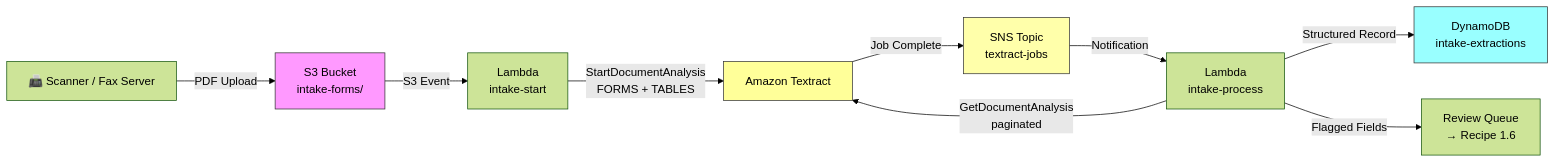
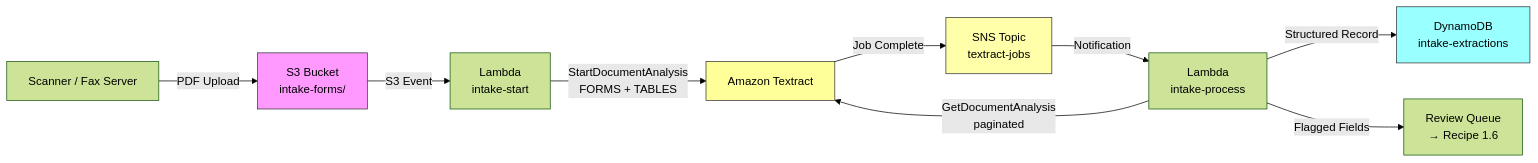
One commit to ccrngd1/HCLS-ai-book changed the diagram in chapter01.02-architecture.md. Above: the diagram before and after it, drawn with Mermaid (forest theme). The commit also changed other lines of this file and 515 other files, not shown here.

````diff
--- a/chapter01.02-architecture.md
+++ b/chapter01.02-architecture.md
@@ -25,16 +25,16 @@
 ```mermaid
 flowchart LR
-    A[📠 Scanner / Fax Server] -->|PDF Upload| B[S3 Bucket\nintake-forms/]
-    B -->|S3 Event| C[Lambda\nintake-start]
-    C -->|StartDocumentAnalysis\nFORMS + TABLES| D[Amazon Textract]
-    D -->|Job Complete| E[SNS Topic\ntextract-jobs]
-    E -->|Notification| F[Lambda\nintake-process]
-    F -->|GetDocumentAnalysis\npaginated| D
-    F -->|Structured Record| G[DynamoDB\nintake-extractions]
-    F -->|Flagged Fields| H[Review Queue\n→ Recipe 1.6]
+ A[Scanner / Fax Server] -->|PDF Upload| B[S3 Bucket\nintake-forms/]
+ B -->|S3 Event| C[Lambda\nintake-start]
+ C -->|StartDocumentAnalysis\nFORMS + TABLES| D[Amazon Textract]
+ D -->|Job Complete| E[SNS Topic\ntextract-jobs]
+ E -->|Notification| F[Lambda\nintake-process]
+ F -->|GetDocumentAnalysis\npaginated| D
+ F -->|Structured Record| G[DynamoDB\nintake-extractions]
+ F -->|Flagged Fields| H[Review Queue\n→ Recipe 1.6]
 
-    style B fill:#f9f,stroke:#333
-    style D fill:#ff9,stroke:#333
-    style G fill:#9ff,stroke:#333
-    style E fill:#ffa,stroke:#333
+ style B fill:#f9f,stroke:#333
+ style D fill:#ff9,stroke:#333
+ style G fill:#9ff,stroke:#333
+ style E fill:#ffa,stroke:#333
 ```
````
